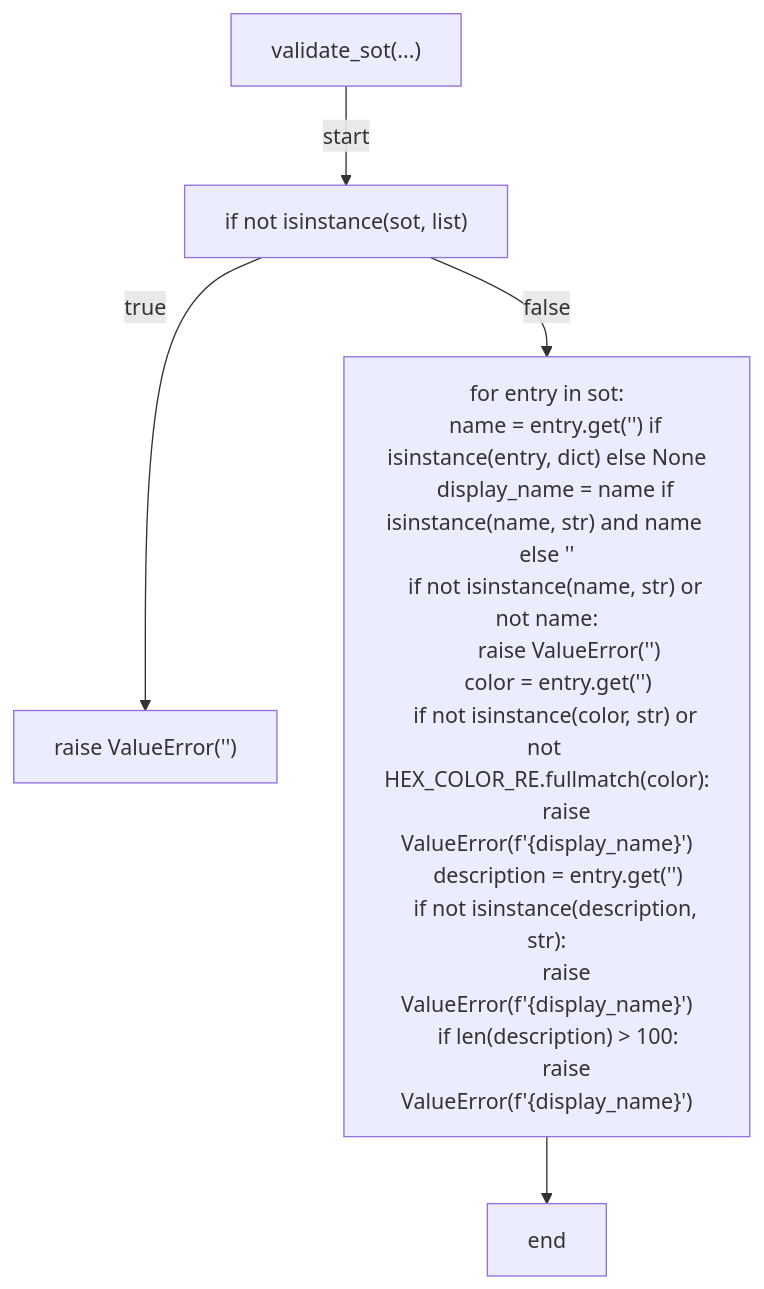
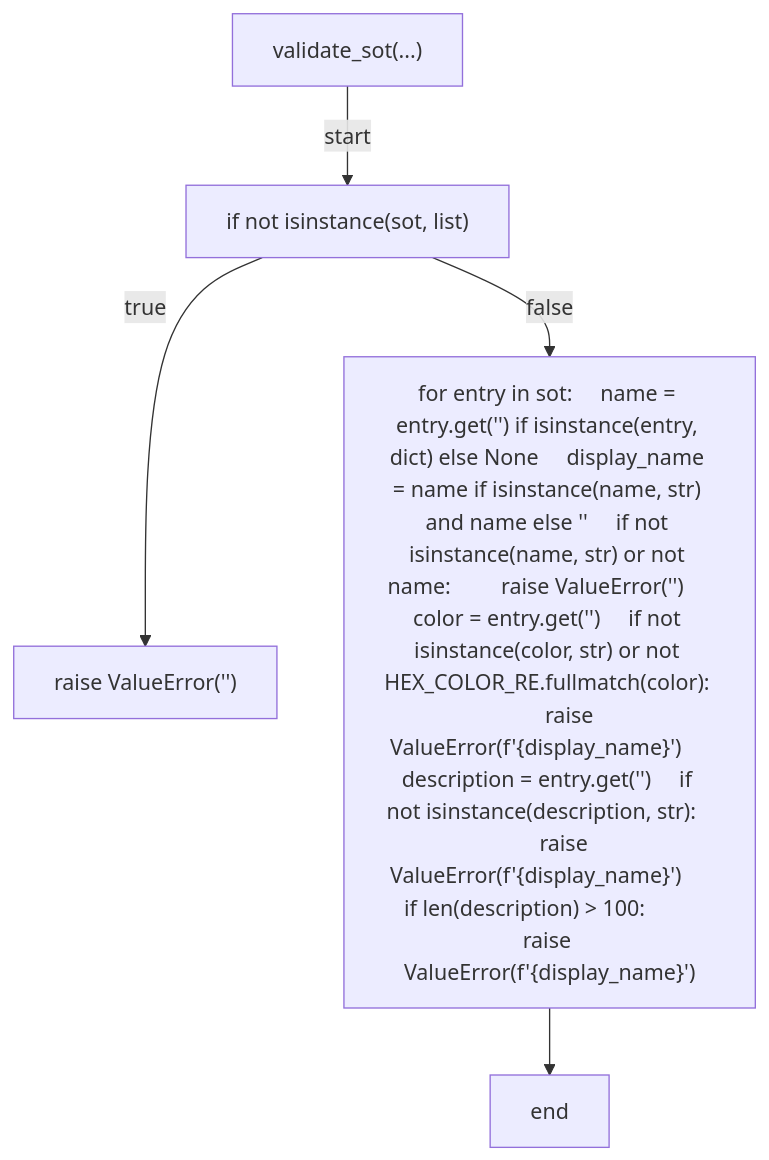
The first of 16 diagrams in docs/generated/scripts/ast/labels_apply.md (tvna/claude-md), drawn with Mermaid before and after one commit. The commit also changed other lines of this file and 30 other files, not shown here.

First line of the commit message:
docs(generated): regenerate decision tree and workflow diagrams (batch 2/5)

````diff
--- a/docs/generated/scripts/ast/labels_apply.md
+++ b/docs/generated/scripts/ast/labels_apply.md
@@ -7,24 +7,12 @@
 ```mermaid
 flowchart TD
     N001["validate_sot(...)"]
     N002["if not isinstance(sot, list)"]
     N003["raise ValueError('<str>')"]
-    N004["for entry in sot:
-    name = entry.get('<str>') if isinstance(entry, dict) else None
-    display_name = name if isinstance(name, str) and name else '<str>'
-    if not isinstance(name, str) or not name:
-        raise ValueError('<str>')
-    color = entry.get('<str>')
-    if not isinstance(color, str) or not HEX_COLOR_RE.fullmatch(color):
-        raise ValueError(f'<str>{display_name}<str>')
-    description = entry.get('<str>')
-    if not isinstance(description, str):
-        raise ValueError(f'<str>{display_name}<str>')
-    if len(description) > 100:
-        raise ValueError(f'<str>{display_name}<str>')"]
+    N004["for entry in sot:     name = entry.get('<str>') if isinstance(entry, dict) else None     display_name = name if isinstance(name, str) and name else '<str>'     if not isinstance(name, str) or not name:         raise ValueError('<str>')     color = entry.get('<str>')     if not isinstance(color, str) or not HEX_COLOR_RE.fullmatch(color):         raise ValueError(f'<str>{display_name}<str>')     description = entry.get('<str>')     if not isinstance(description, str):         raise ValueError(f'<str>{display_name}<str>')     if len(description) > 100:         raise ValueError(f'<str>{display_name}<str>')"]
     N005["end"]
     N001 -->|"start"| N002
     N002 -->|"true"| N003
     N002 -->|"false"| N004
     N004 --> N005
 ```
````
